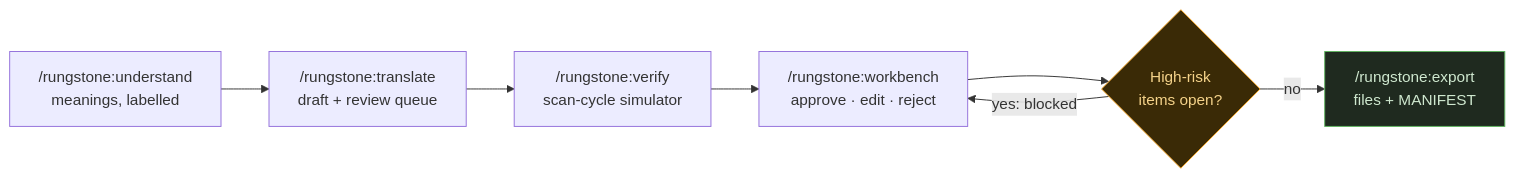
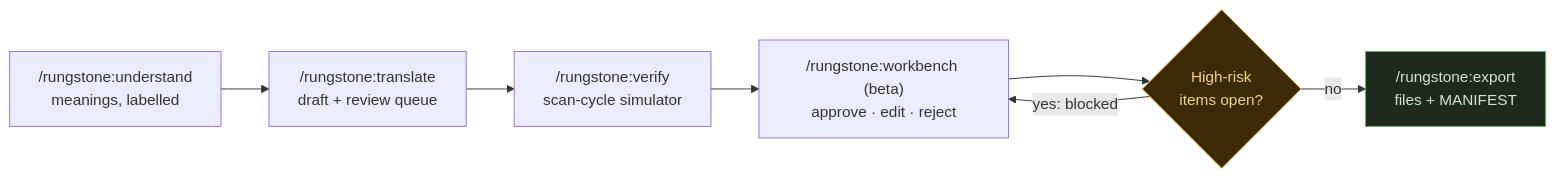
The second of 2 diagrams in README.md (arunvenkatadri/rungstone), drawn with Mermaid before and after one commit. The commit also changed other lines of this file and 11 other files, not shown here.

First line of the commit message:
Workbench: mark as beta; show the project folder; offer workflows that fit the file

````diff
--- a/README.md
+++ b/README.md
@@ -128,11 +128,11 @@
 ```mermaid
 flowchart LR
     U["/rungstone:understand<br/>meanings, labelled"] --> T["/rungstone:translate<br/>draft + review queue"]
     T --> V["/rungstone:verify<br/>scan-cycle simulator"]
-    V --> W["/rungstone:workbench<br/>approve · edit · reject"]
+    V --> W["/rungstone:workbench (beta)<br/>approve · edit · reject"]
     W --> G{"High-risk<br/>items open?"}
     G -- "yes: blocked" --> W
     G -- "no" --> E["/rungstone:export<br/>files + MANIFEST"]
     style G fill:#3a2a06,stroke:#f5a524,color:#f5d38a
     style E fill:#1f2a1f,stroke:#5fb35f,color:#cfe8cf
 ```
````
